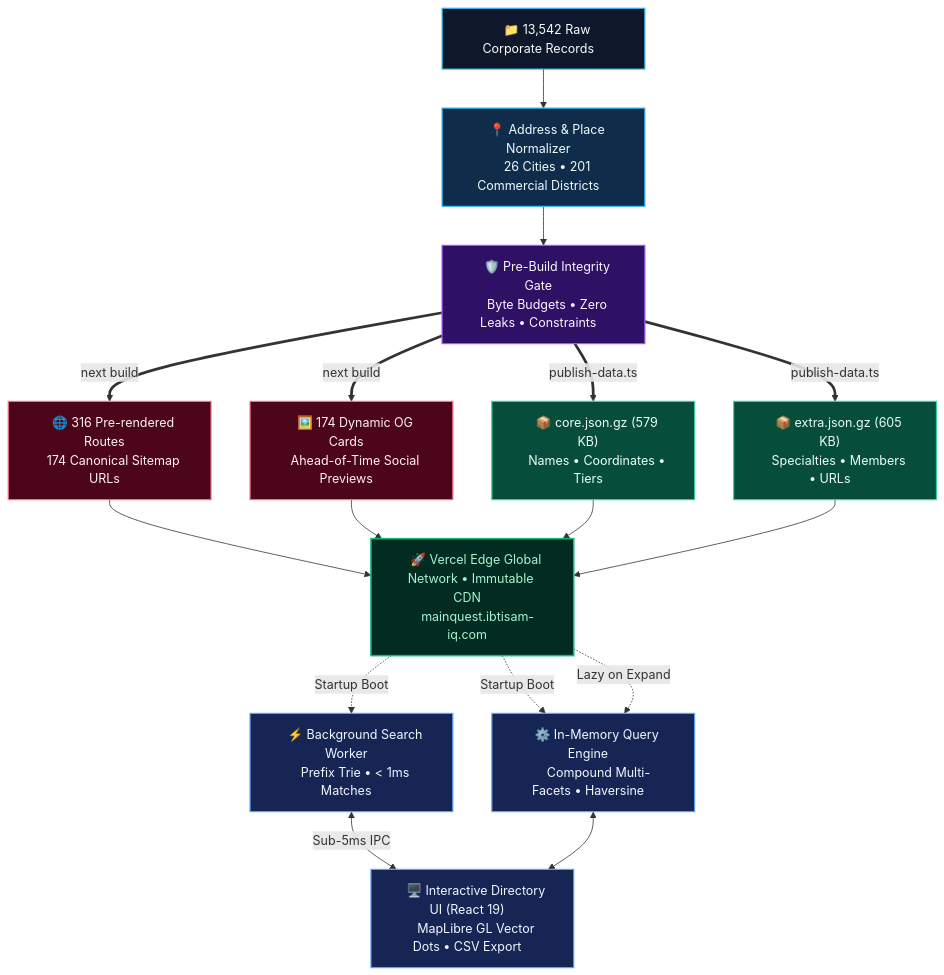
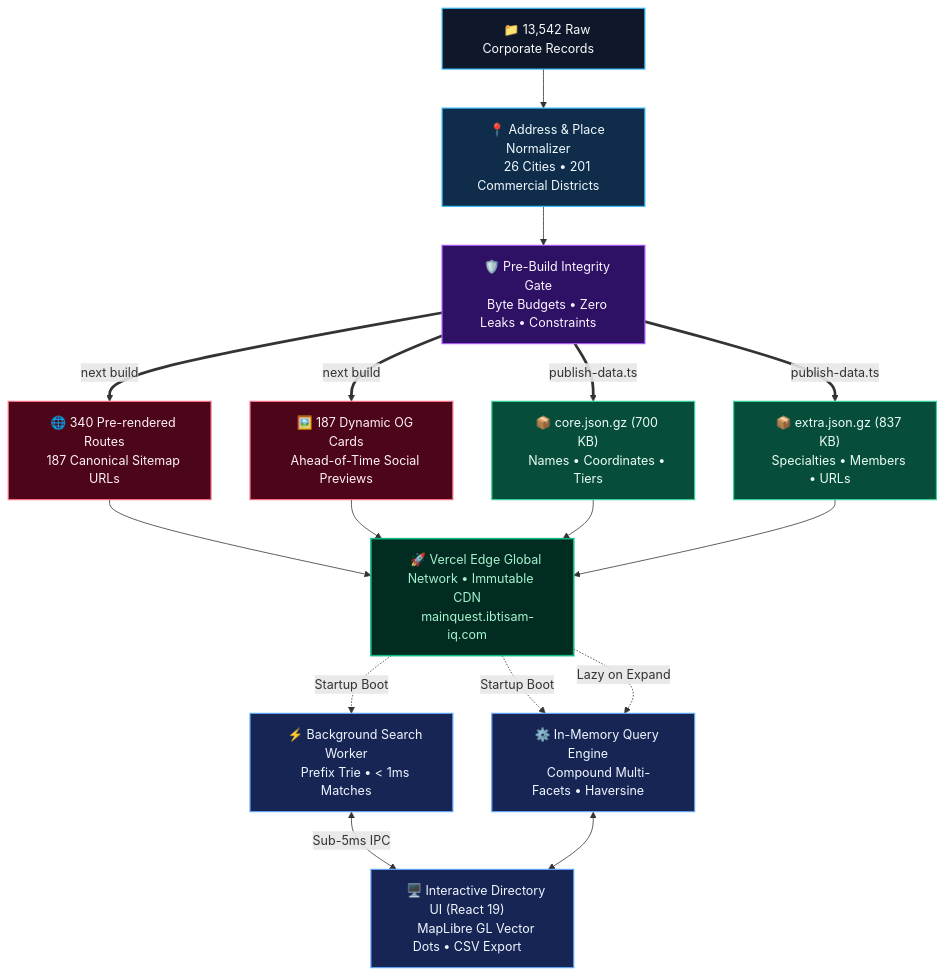
Before and after one commit to ibtisam-iq/mainquest: the diagram in README.md, drawn with Mermaid. The commit also changed other lines of this file, not shown here.

Commit message:
docs(readme): update ecosystem statistics, pre-rendered route counts, and test metrics

````diff
--- a/README.md
+++ b/README.md
@@ -26,41 +26,41 @@
 ```mermaid
 flowchart TB
     classDef raw fill:#0f172a,stroke:#38bdf8,stroke-width:1.5px,color:#f8fafc;
     classDef build fill:#0f2d4a,stroke:#38bdf8,stroke-width:1.5px,color:#f0f9ff;
     classDef gate fill:#2e1065,stroke:#a855f7,stroke-width:1.5px,color:#faf5ff;
     classDef ssg fill:#4c0519,stroke:#fb7185,stroke-width:1.5px,color:#fff1f2;
     classDef data fill:#064e3b,stroke:#34d399,stroke-width:1.5px,color:#ecfdf5;
     classDef cdn fill:#022c22,stroke:#10b981,stroke-width:2px,color:#a7f3d0;
     classDef client fill:#172554,stroke:#60a5fa,stroke-width:1.5px,color:#eff6ff;
 
     RAW["&nbsp;&nbsp; 📁 13,542 Raw Corporate Records &nbsp;&nbsp;"]
     NORM["&nbsp;&nbsp; 📍 Address &amp; Place Normalizer &nbsp;&nbsp;<br/>&nbsp;&nbsp; 26 Cities &bull; 201 Commercial Districts &nbsp;&nbsp;"]
     VAL["&nbsp;&nbsp; 🛡️ Pre-Build Integrity Gate &nbsp;&nbsp;<br/>&nbsp;&nbsp; Byte Budgets &bull; Zero Leaks &bull; Constraints &nbsp;&nbsp;"]
 
     RAW --> NORM --> VAL
 
-    VAL ==>|"next build"| SSG["&nbsp;&nbsp; 🌐 316 Pre-rendered Routes &nbsp;&nbsp;<br/>&nbsp;&nbsp; 174 Canonical Sitemap URLs &nbsp;&nbsp;"]
-    VAL ==>|"next build"| OG["&nbsp;&nbsp; 🖼️ 174 Dynamic OG Cards &nbsp;&nbsp;<br/>&nbsp;&nbsp; Ahead-of-Time Social Previews &nbsp;&nbsp;"]
-    VAL ==>|"publish-data.ts"| CORE["&nbsp;&nbsp; 📦 core.json.gz (579 KB) &nbsp;&nbsp;<br/>&nbsp;&nbsp; Names &bull; Coordinates &bull; Tiers &nbsp;&nbsp;"]
-    VAL ==>|"publish-data.ts"| EXTRA["&nbsp;&nbsp; 📦 extra.json.gz (605 KB) &nbsp;&nbsp;<br/>&nbsp;&nbsp; Specialties &bull; Members &bull; URLs &nbsp;&nbsp;"]
+    VAL ==>|"next build"| SSG["&nbsp;&nbsp; 🌐 340 Pre-rendered Routes &nbsp;&nbsp;<br/>&nbsp;&nbsp; 187 Canonical Sitemap URLs &nbsp;&nbsp;"]
+    VAL ==>|"next build"| OG["&nbsp;&nbsp; 🖼️ 187 Dynamic OG Cards &nbsp;&nbsp;<br/>&nbsp;&nbsp; Ahead-of-Time Social Previews &nbsp;&nbsp;"]
+    VAL ==>|"publish-data.ts"| CORE["&nbsp;&nbsp; 📦 core.json.gz (700 KB) &nbsp;&nbsp;<br/>&nbsp;&nbsp; Names &bull; Coordinates &bull; Tiers &nbsp;&nbsp;"]
+    VAL ==>|"publish-data.ts"| EXTRA["&nbsp;&nbsp; 📦 extra.json.gz (837 KB) &nbsp;&nbsp;<br/>&nbsp;&nbsp; Specialties &bull; Members &bull; URLs &nbsp;&nbsp;"]
 
     SSG --> CDN["&nbsp;&nbsp; 🚀 Vercel Edge Global Network &bull; Immutable CDN &nbsp;&nbsp;<br/>&nbsp;&nbsp; mainquest.ibtisam-iq.com &nbsp;&nbsp;"]
     OG --> CDN
     CORE --> CDN
     EXTRA --> CDN
 
     CDN -.->|"Startup Boot"| WORKER["&nbsp;&nbsp; ⚡ Background Search Worker &nbsp;&nbsp;<br/>&nbsp;&nbsp; Prefix Trie &bull; &lt; 1ms Matches &nbsp;&nbsp;"]
     CDN -.->|"Startup Boot"| QUERY["&nbsp;&nbsp; ⚙️ In-Memory Query Engine &nbsp;&nbsp;<br/>&nbsp;&nbsp; Compound Multi-Facets &bull; Haversine &nbsp;&nbsp;"]
     CDN -.->|"Lazy on Expand"| QUERY
 
     WORKER <-->|"Sub-5ms IPC"| UI["&nbsp;&nbsp; 🖥️ Interactive Directory UI (React 19) &nbsp;&nbsp;<br/>&nbsp;&nbsp; MapLibre GL Vector Dots &bull; CSV Export &nbsp;&nbsp;"]
     QUERY <--> UI
 
     class RAW raw;
     class NORM build;
     class VAL gate;
     class SSG,OG ssg;
     class CORE,EXTRA data;
     class CDN cdn;
     class WORKER,QUERY,UI client;
 ```
````
